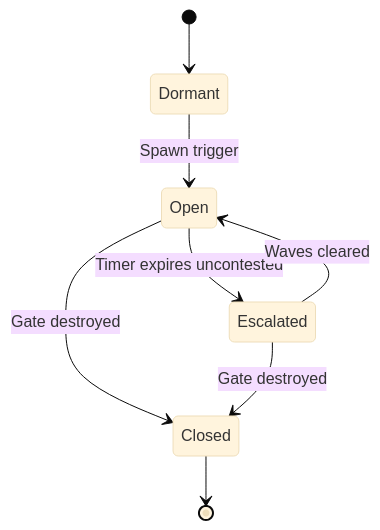
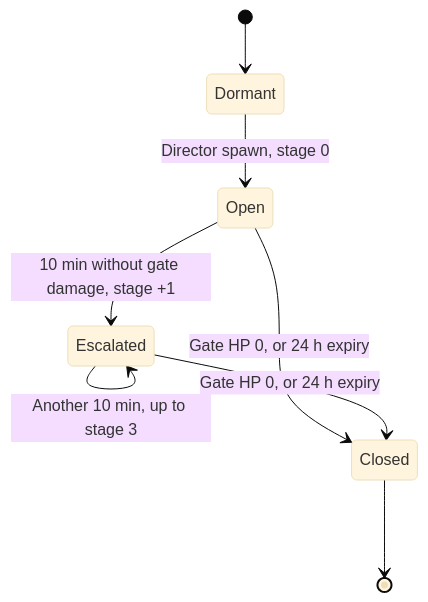
Before and after one commit to jhofer/ar-map-game: the second of 3 diagrams in docs/design/factions.md, drawn with Mermaid (base theme). The commit also changed other lines of this file and 30 other files, not shown here.

````diff
--- a/docs/design/factions.md
+++ b/docs/design/factions.md
@@ -53,10 +103,10 @@
 ```mermaid
 stateDiagram-v2
     [*] --> Dormant
-    Dormant --> Open: Spawn trigger
-    Open --> Escalated: Timer expires uncontested
-    Escalated --> Open: Waves cleared
-    Open --> Closed: Gate destroyed
-    Escalated --> Closed: Gate destroyed
+    Dormant --> Open: Director spawn, stage 0
+    Open --> Escalated: 10 min without gate damage, stage +1
+    Escalated --> Escalated: Another 10 min, up to stage 3
+    Open --> Closed: Gate HP 0, or 24 h expiry
+    Escalated --> Closed: Gate HP 0, or 24 h expiry
     Closed --> [*]
 ```
````
